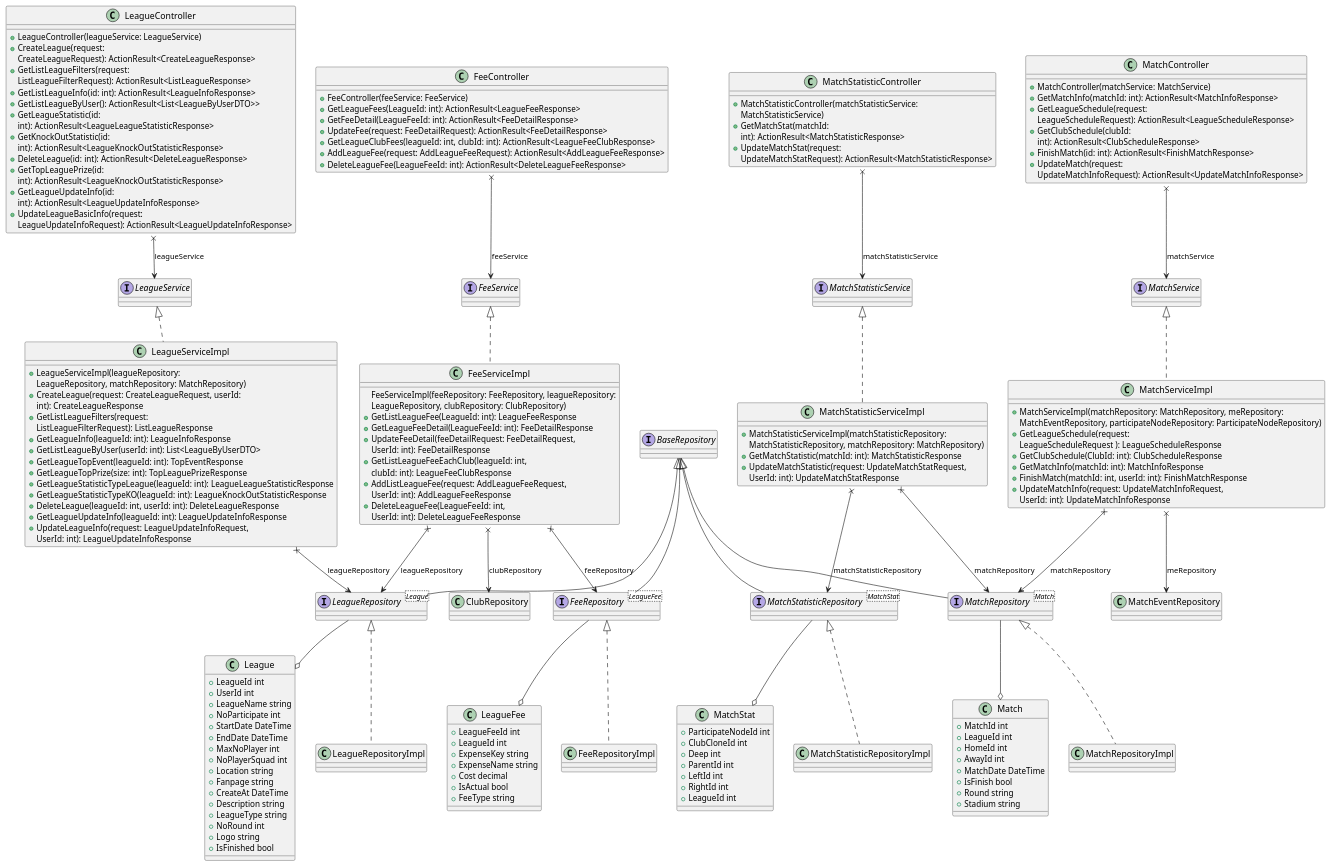
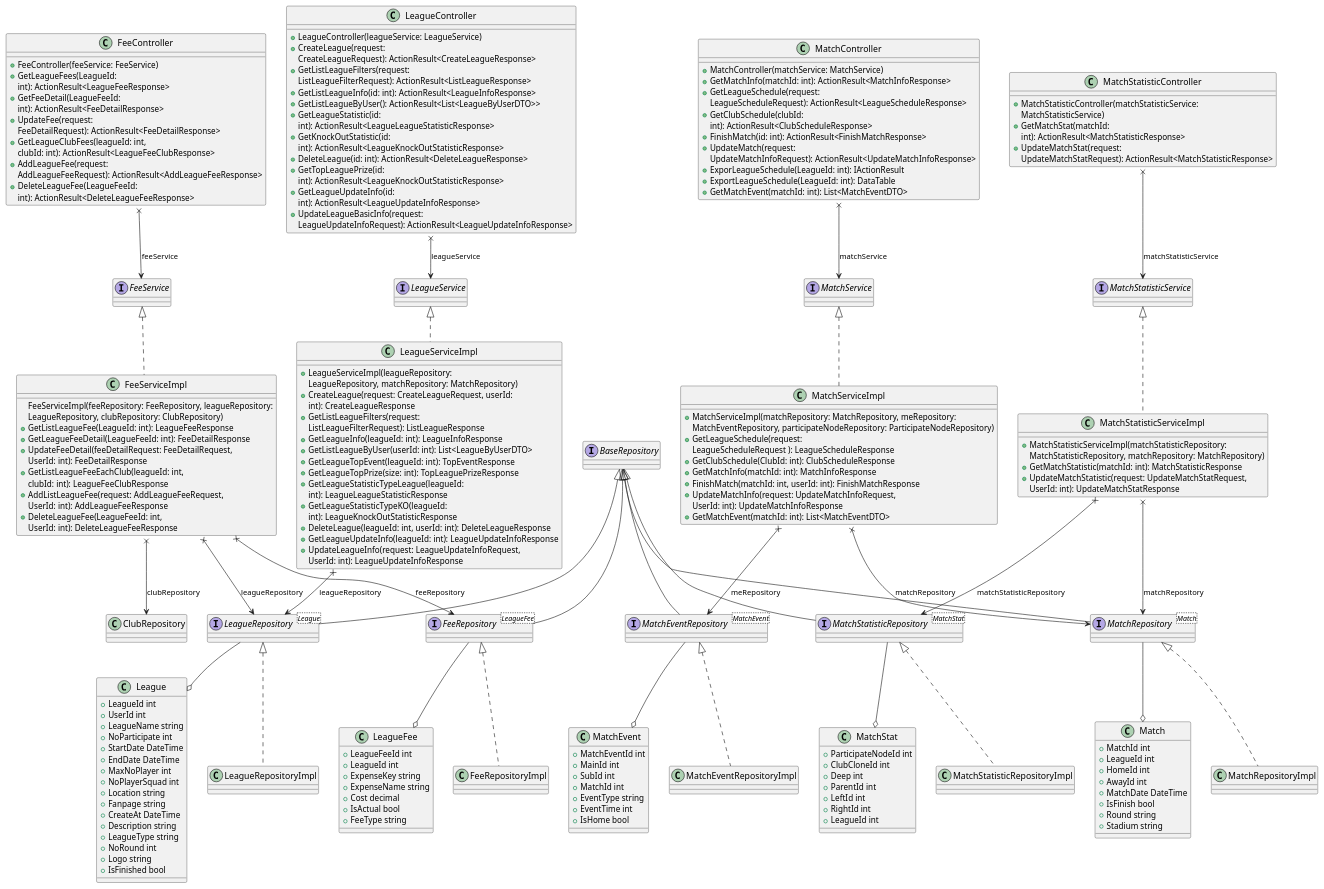
Before and after one commit to envydiace/FLMS_Diagram: the diagram in Feature_for_guest/View_league/Class_diagram/view_league_ffg.puml, drawn with PlantUML. The commit also changed 1 other file, not shown here.

```diff
--- a/Feature_for_guest/View_league/Class_diagram/view_league_ffg.puml
+++ b/Feature_for_guest/View_league/Class_diagram/view_league_ffg.puml
@@ -52,6 +52,16 @@
     +Stadium string
 }
 
+class MatchEvent{
+    +MatchEventId int
+    +MainId int
+    +SubId int
+    +MatchId int
+    +EventType string
+    +EventTime int
+    +IsHome bool
+}
+
 class LeagueController{
     +LeagueController(leagueService: LeagueService)
     +CreateLeague(request: 
@@ -87,8 +97,10 @@
     +GetListLeagueByUser(userId: int): List<LeagueByUserDTO>
     +GetLeagueTopEvent(leagueId: int): TopEventResponse
     +GetLeagueTopPrize(size: int): TopLeaguePrizeResponse
-    +GetLeagueStatisticTypeLeague(leagueId: int): LeagueLeagueStatisticResponse
-    +GetLeagueStatisticTypeKO(leagueId: int): LeagueKnockOutStatisticResponse
+    +GetLeagueStatisticTypeLeague(leagueId: 
+    int): LeagueLeagueStatisticResponse
+    +GetLeagueStatisticTypeKO(leagueId: 
+    int): LeagueKnockOutStatisticResponse
     +DeleteLeague(leagueId: int, userId: int): DeleteLeagueResponse
     +GetLeagueUpdateInfo(leagueId: int): LeagueUpdateInfoResponse
     +UpdateLeagueInfo(request: LeagueUpdateInfoRequest, 
@@ -111,6 +123,9 @@
     +FinishMatch(id: int): ActionResult<FinishMatchResponse>
     +UpdateMatch(request: 
     UpdateMatchInfoRequest): ActionResult<UpdateMatchInfoResponse>
+    +ExporLeagueSchedule(LeagueId: int): IActionResult
+    +ExportLeagueSchedule(LeagueId: int): DataTable
+    +GetMatchEvent(matchId: int): List<MatchEventDTO>
 }
 
 MatchController x--> MatchService: matchService
@@ -127,6 +142,7 @@
     +FinishMatch(matchId: int, userId: int): FinishMatchResponse
     +UpdateMatchInfo(request: UpdateMatchInfoRequest, 
     UserId: int): UpdateMatchInfoResponse
+    +GetMatchEvent(matchId: int): List<MatchEventDTO>
 }
 MatchServiceImpl x--> MatchRepository: matchRepository
 MatchServiceImpl x--> MatchEventRepository: meRepository
@@ -135,6 +151,11 @@
 MatchRepository --o Match
 
 class MatchRepositoryImpl implements MatchRepository
+
+interface MatchEventRepository<MatchEvent> implements BaseRepository
+MatchEventRepository --o MatchEvent
+
+class MatchEventRepositoryImpl implements MatchEventRepository
 
 class MatchStatisticController{
     +MatchStatisticController(matchStatisticService: 
@@ -165,12 +186,18 @@
 
 class FeeController{
     +FeeController(feeService: FeeService)
-    +GetLeagueFees(LeagueId: int): ActionResult<LeagueFeeResponse>
-    +GetFeeDetail(LeagueFeeId: int): ActionResult<FeeDetailResponse>
-    +UpdateFee(request: FeeDetailRequest): ActionResult<FeeDetailResponse>
-    +GetLeagueClubFees(leagueId: int, clubId: int): ActionResult<LeagueFeeClubResponse>
-    +AddLeagueFee(request: AddLeagueFeeRequest): ActionResult<AddLeagueFeeResponse>
-    +DeleteLeagueFee(LeagueFeeId: int): ActionResult<DeleteLeagueFeeResponse>
+    +GetLeagueFees(LeagueId: 
+    int): ActionResult<LeagueFeeResponse>
+    +GetFeeDetail(LeagueFeeId: 
+    int): ActionResult<FeeDetailResponse>
+    +UpdateFee(request: 
+    FeeDetailRequest): ActionResult<FeeDetailResponse>
+    +GetLeagueClubFees(leagueId: int, 
+    clubId: int): ActionResult<LeagueFeeClubResponse>
+    +AddLeagueFee(request: 
+    AddLeagueFeeRequest): ActionResult<AddLeagueFeeResponse>
+    +DeleteLeagueFee(LeagueFeeId: 
+    int): ActionResult<DeleteLeagueFeeResponse>
 }
 FeeController x--> FeeService: feeService
 
```
